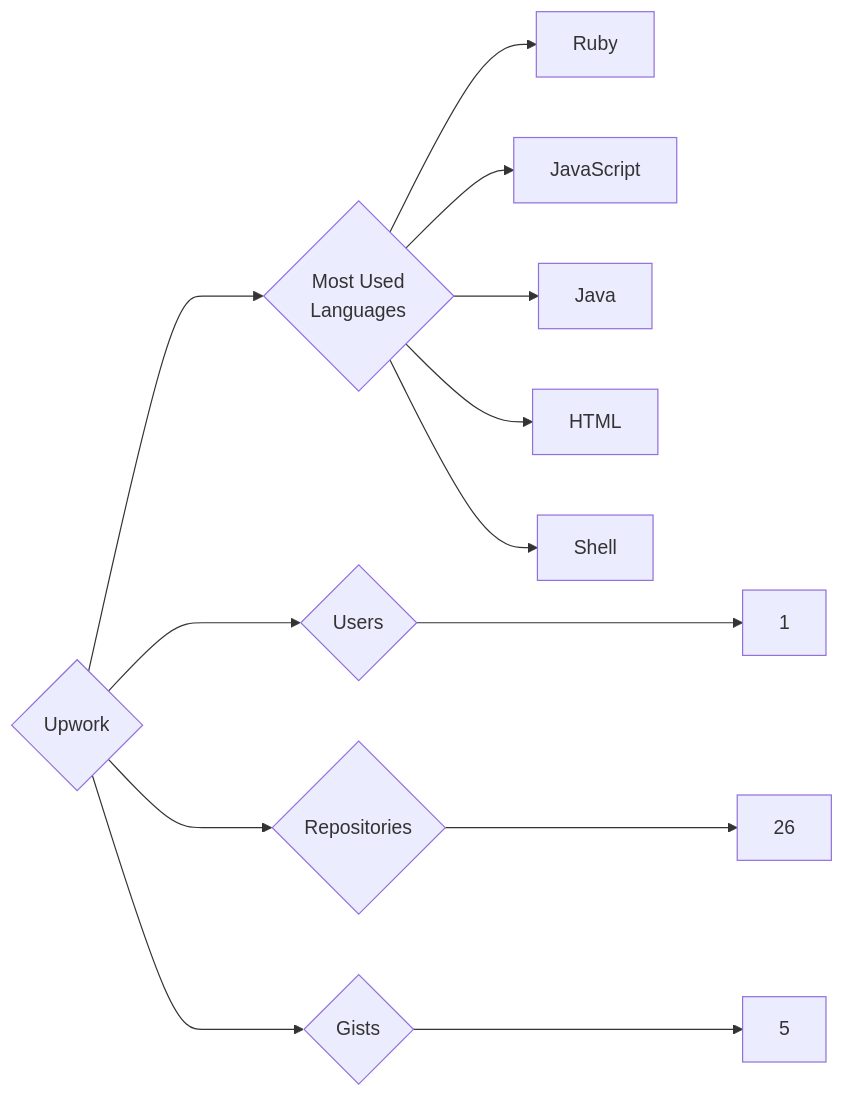
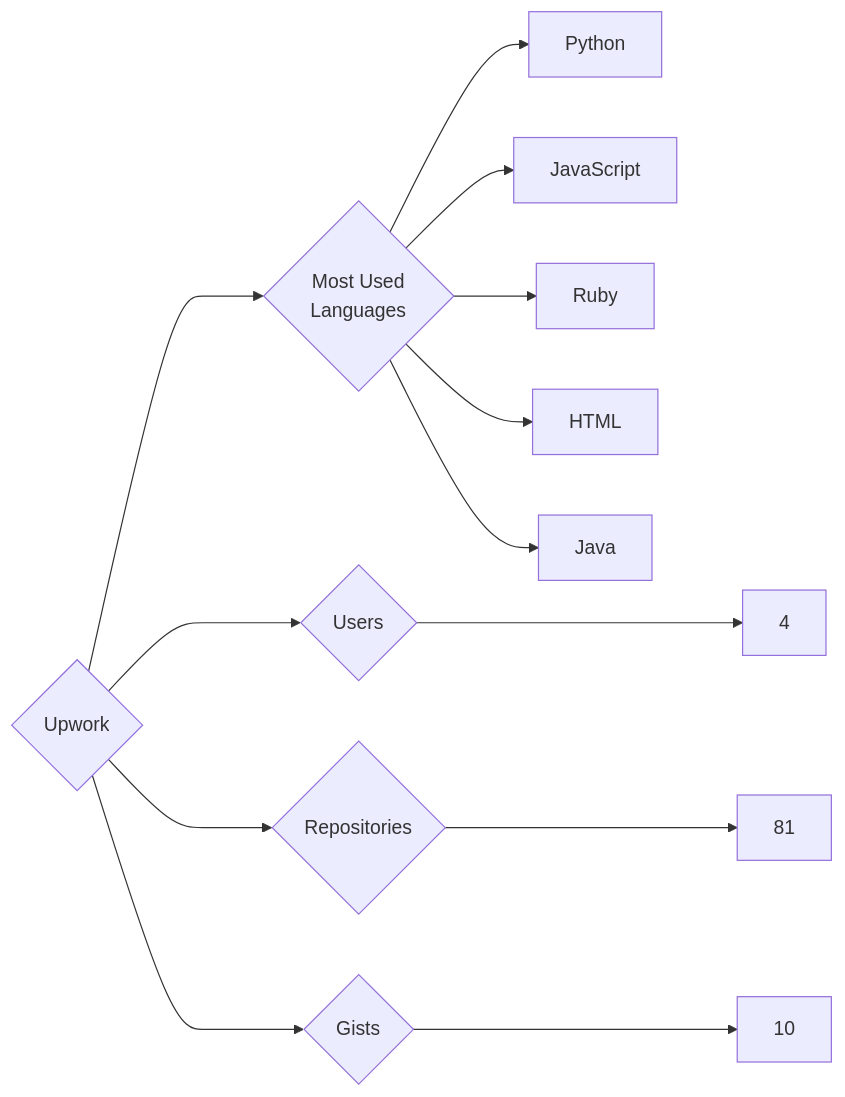
Before and after one commit to trickest/insiders: the diagram in targets/Upwork/README.md, drawn with Mermaid. The commit also changed 878 other files, not shown here.

````diff
--- a/targets/Upwork/README.md
+++ b/targets/Upwork/README.md
@@ -3,13 +3,13 @@
 ```mermaid
 graph LR
 COMPANY_NAME{Upwork}
-COMPANY_NAME ---> U{Users} ---> UN[1]
-COMPANY_NAME ---> R{Repositories} ---> RN[26]
-COMPANY_NAME ---> G{Gists} ---> GN[5]
+COMPANY_NAME ---> U{Users} ---> UN[4]
+COMPANY_NAME ---> R{Repositories} ---> RN[81]
+COMPANY_NAME ---> G{Gists} ---> GN[10]
 COMPANY_NAME ---> ML{Most Used<br>Languages}
+ML --> Python[Python]
+ML --> JavaScript[JavaScript]
 ML --> Ruby[Ruby]
-ML --> JavaScript[JavaScript]
+ML --> HTML[HTML]
 ML --> Java[Java]
-ML --> HTML[HTML]
-ML --> Shell[Shell]
 ```
````
